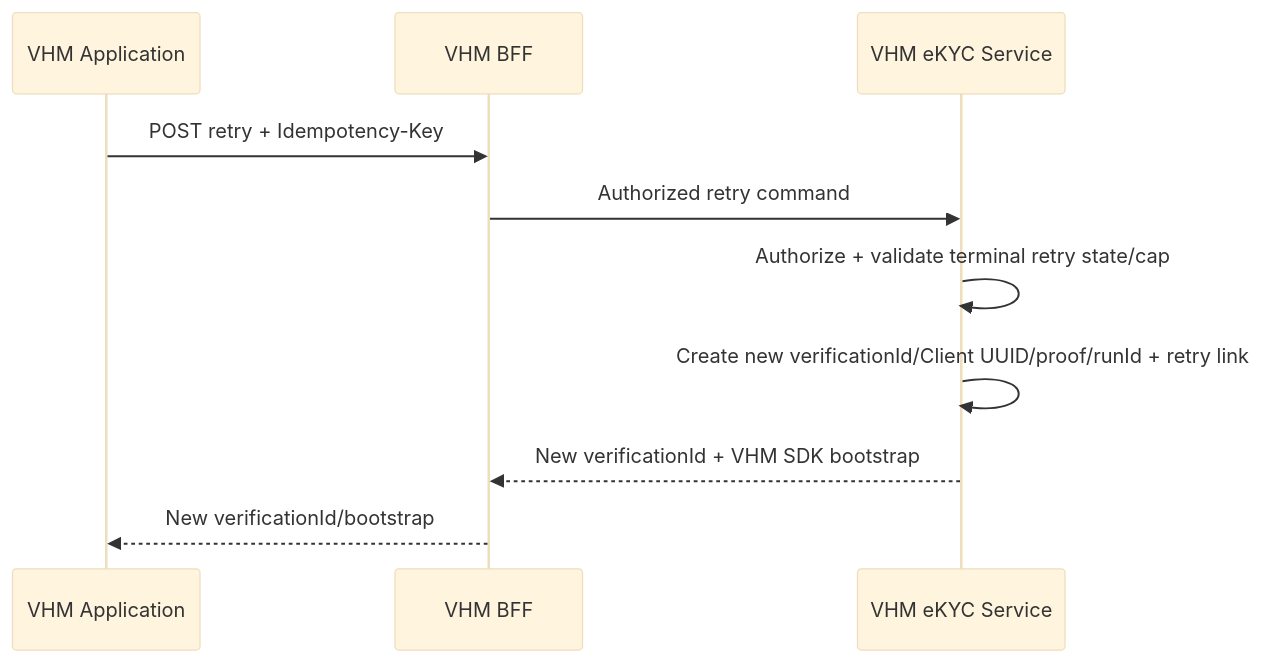
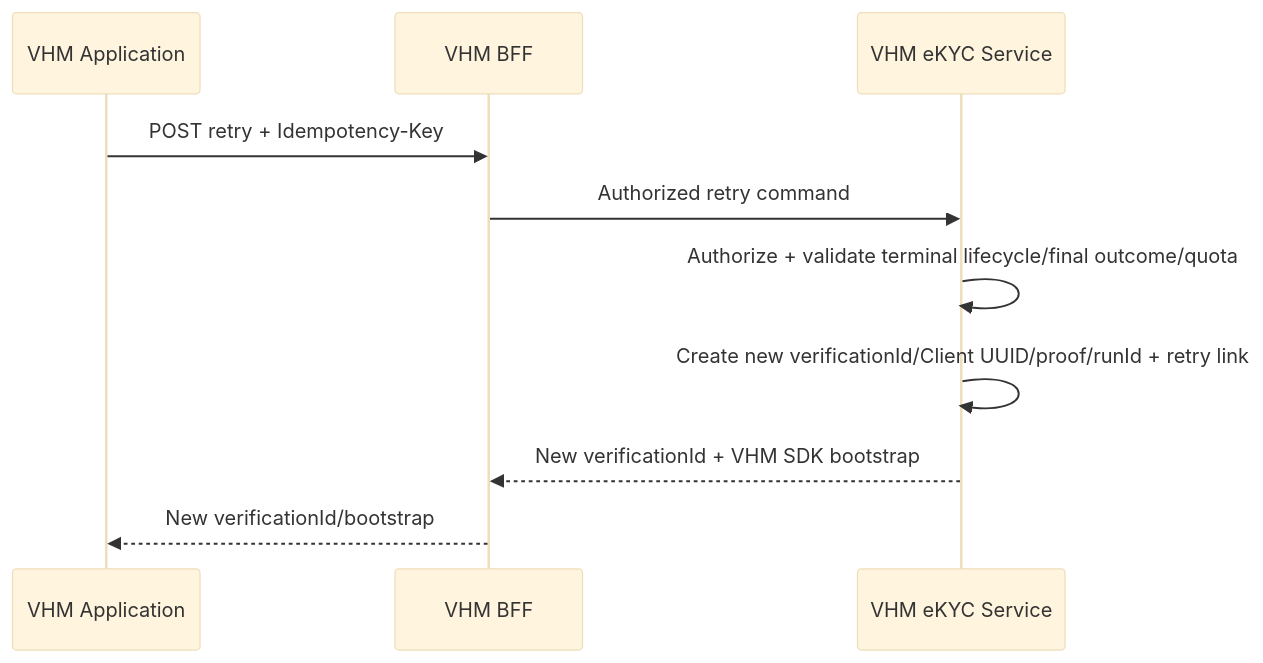
Before and after one commit to huynv-xyz/vhm: diagram 16 of 19 in tdd2.md, drawn with Mermaid (base theme). The commit also changed other lines of this file, not shown here.

````diff
--- a/tdd2.md
+++ b/tdd2.md
@@ -1333,12 +1326,12 @@
 ```mermaid
 sequenceDiagram
     participant APP as VHM Application
     participant BFF as VHM BFF
     participant EKYC_SERVICE as VHM eKYC Service
     APP->>BFF: POST retry + Idempotency-Key
     BFF->>EKYC_SERVICE: Authorized retry command
-    EKYC_SERVICE->>EKYC_SERVICE: Authorize + validate terminal retry state/cap
+    EKYC_SERVICE->>EKYC_SERVICE: Authorize + validate terminal lifecycle/final outcome/quota
     EKYC_SERVICE->>EKYC_SERVICE: Create new verificationId/Client UUID/proof/runId + retry link
     EKYC_SERVICE-->>BFF: New verificationId + VHM SDK bootstrap
     BFF-->>APP: New verificationId/bootstrap
 ```
````
